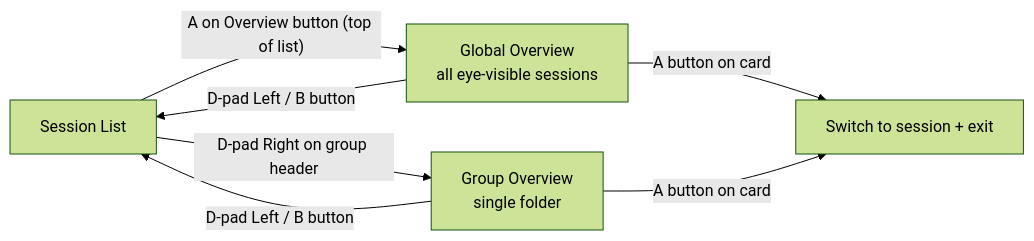
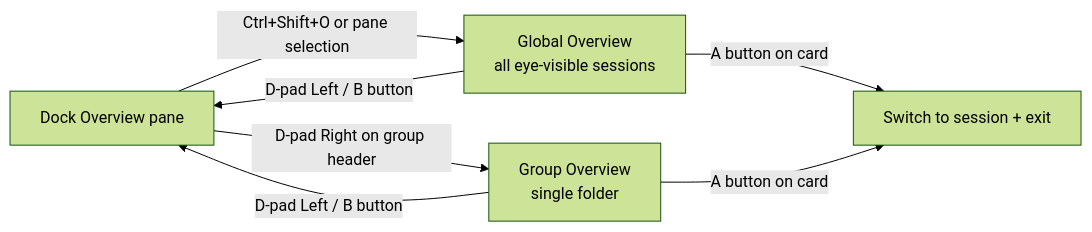
One commit to PetePeter/gamepad-cli-hub changed the first of 2 diagrams in docs/group-overview.md. Above: the diagram before and after it, drawn with Mermaid (forest theme). The commit also changed other lines of this file and 26 other files, not shown here.

Commit message:
feat(dock): centralize pane navigation shortcuts

````diff
--- a/docs/group-overview.md
+++ b/docs/group-overview.md
@@ -14,9 +14,9 @@
 ```mermaid
 flowchart LR
-    A[Session List] -->|"A on Overview button (top of list)"| B[Global Overview<br/>all eye-visible sessions]
+    A[Dock Overview pane] -->|"Ctrl+Shift+O or pane selection"| B[Global Overview<br/>all eye-visible sessions]
     A -->|"D-pad Right on group header"| C[Group Overview<br/>single folder]
     B -->|"D-pad Left / B button"| A
     C -->|"D-pad Left / B button"| A
     B -->|"A button on card"| D[Switch to session + exit]
     C -->|"A button on card"| D
 ```
````
